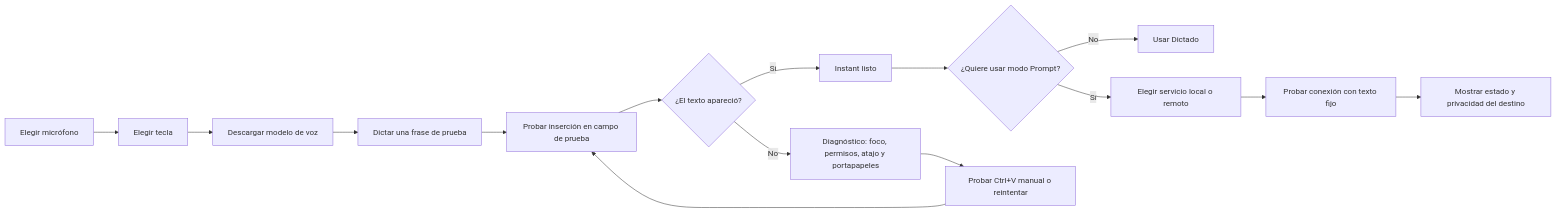
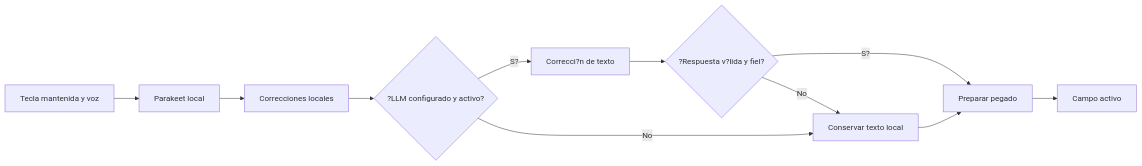
One commit to getodevel-source/Instant2 changed the diagram in docs/plan-instant2-flujos.md. Above: the diagram before and after it, drawn with Mermaid. The commit also changed other lines of this file and 162 other files, not shown here.

Commit message:
feat: deliver standalone Instant2 local voice MVP

````diff
--- a/docs/plan-instant2-flujos.md
+++ b/docs/plan-instant2-flujos.md
@@ -129,17 +18,13 @@
 ```mermaid
 flowchart LR
-    A[Elegir micrófono] --> B[Elegir tecla]
-    B --> C[Descargar modelo de voz]
-    C --> D[Dictar una frase de prueba]
-    D --> E[Probar inserción en campo de prueba]
-    E --> F{¿El texto apareció?}
-    F -- Sí --> G[Instant listo]
-    F -- No --> H[Diagnóstico: foco, permisos, atajo y portapapeles]
-    H --> I[Probar Ctrl+V manual o reintentar]
-    I --> E
-    G --> J{¿Quiere usar modo Prompt?}
-    J -- No --> K[Usar Dictado]
-    J -- Sí --> L[Elegir servicio local o remoto]
-    L --> M[Probar conexión con texto fijo]
-    M --> N[Mostrar estado y privacidad del destino]
+    A[Tecla mantenida y voz] --> B[Parakeet local]
+    B --> C[Correcciones locales]
+    C --> D{?LLM configurado y activo?}
+    D -- S? --> E[Correcci?n de texto]
+    E --> F{?Respuesta v?lida y fiel?}
+    F -- S? --> G[Preparar pegado]
+    F -- No --> H[Conservar texto local]
+    D -- No --> H
+    H --> G
+    G --> I[Campo activo]
 ```
````
